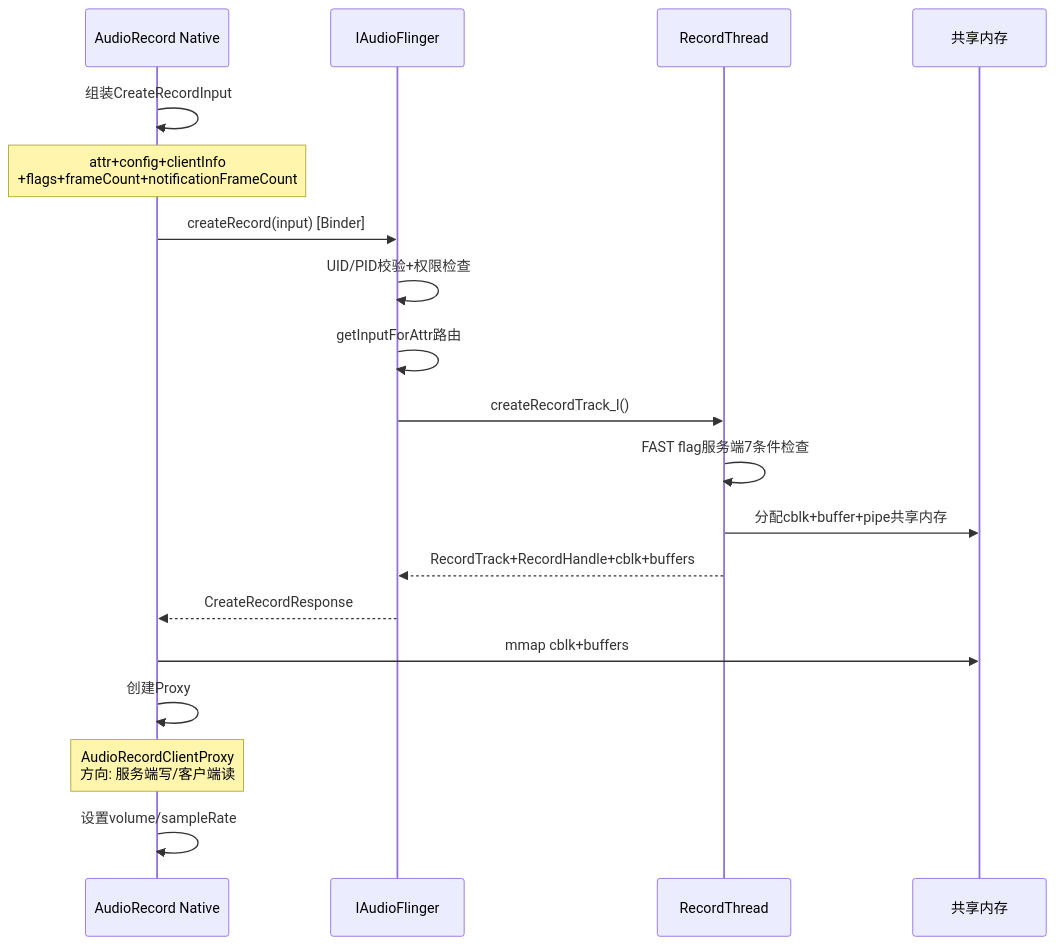
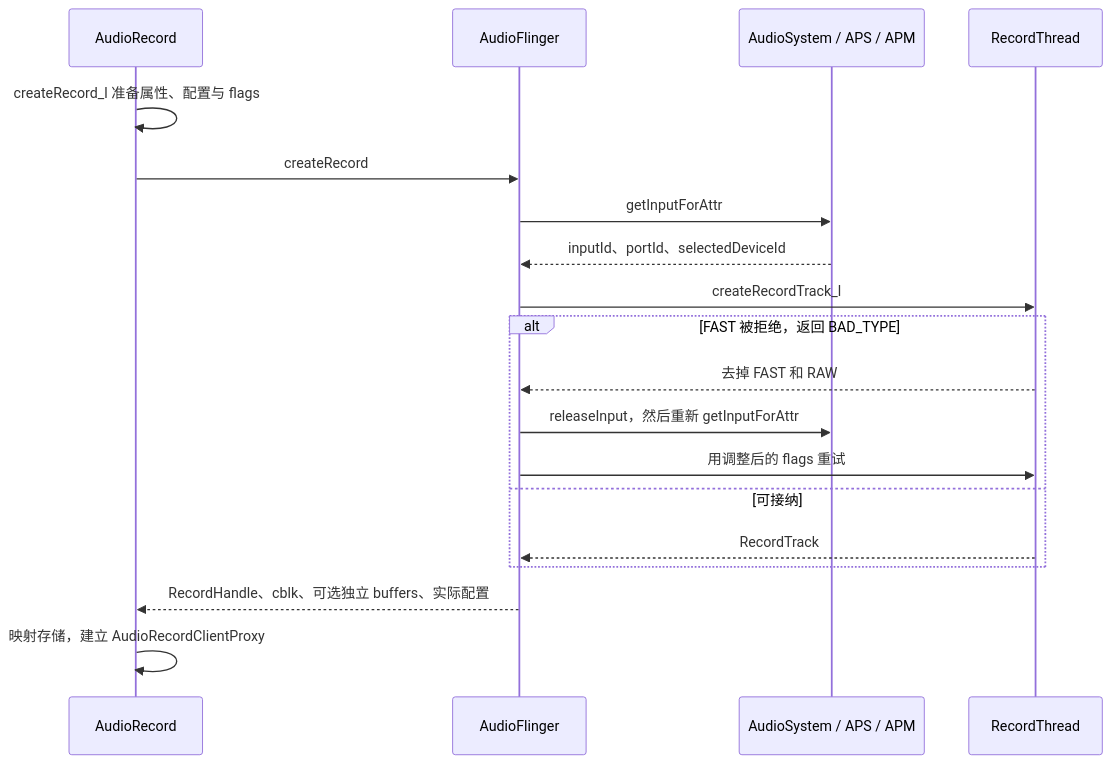
Before and after one commit to yanglinzhen1022/SA8295_AAOS_QNX_Audio_KnowledgeBase: the first of 4 diagrams in 05_AudioFlinger/05_5.10_录音全栈调用链.md, drawn with Mermaid. The commit also changed other lines of this file and 11 other files, not shown here.

````diff
--- a/05_AudioFlinger/05_5.10_录音全栈调用链.md
+++ b/05_AudioFlinger/05_5.10_录音全栈调用链.md
@@ -97,22 +21,21 @@
 ```mermaid
 sequenceDiagram
-    participant AR as AudioRecord Native
-    participant AF as IAudioFlinger
+    participant AR as AudioRecord
+    participant AF as AudioFlinger
+    participant AP as AudioSystem / APS / APM
     participant RT as RecordThread
-    participant Mem as 共享内存
-
-    AR->>AR: 组装CreateRecordInput
-    Note over AR: attr+config+clientInfo<br>+flags+frameCount+notificationFrameCount
-    AR->>AF: createRecord(input) [Binder]
-    AF->>AF: UID/PID校验+权限检查
-    AF->>AF: getInputForAttr路由
-    AF->>RT: createRecordTrack_l()
-    RT->>RT: FAST flag服务端7条件检查
-    RT->>Mem: 分配cblk+buffer+pipe共享内存
-    RT-->>AF: RecordTrack+RecordHandle+cblk+buffers
-    AF-->>AR: CreateRecordResponse
-    AR->>Mem: mmap cblk+buffers
-    AR->>AR: 创建Proxy
-    Note over AR: AudioRecordClientProxy<br>方向: 服务端写/客户端读
-    AR->>AR: 设置volume/sampleRate
+    AR->>AR: createRecord_l 准备属性、配置与 flags
+    AR->>AF: createRecord
+    AF->>AP: getInputForAttr
+    AP-->>AF: inputId、portId、selectedDeviceId
+    AF->>RT: createRecordTrack_l
+    alt FAST 被拒绝，返回 BAD_TYPE
+        RT-->>AF: 去掉 FAST 和 RAW
+        AF->>AP: releaseInput，然后重新 getInputForAttr
+        AF->>RT: 用调整后的 flags 重试
+    else 可接纳
+        RT-->>AF: RecordTrack
+    end
+    AF-->>AR: RecordHandle、cblk、可选独立 buffers、实际配置
+    AR->>AR: 映射存储，建立 AudioRecordClientProxy
 ```
````
